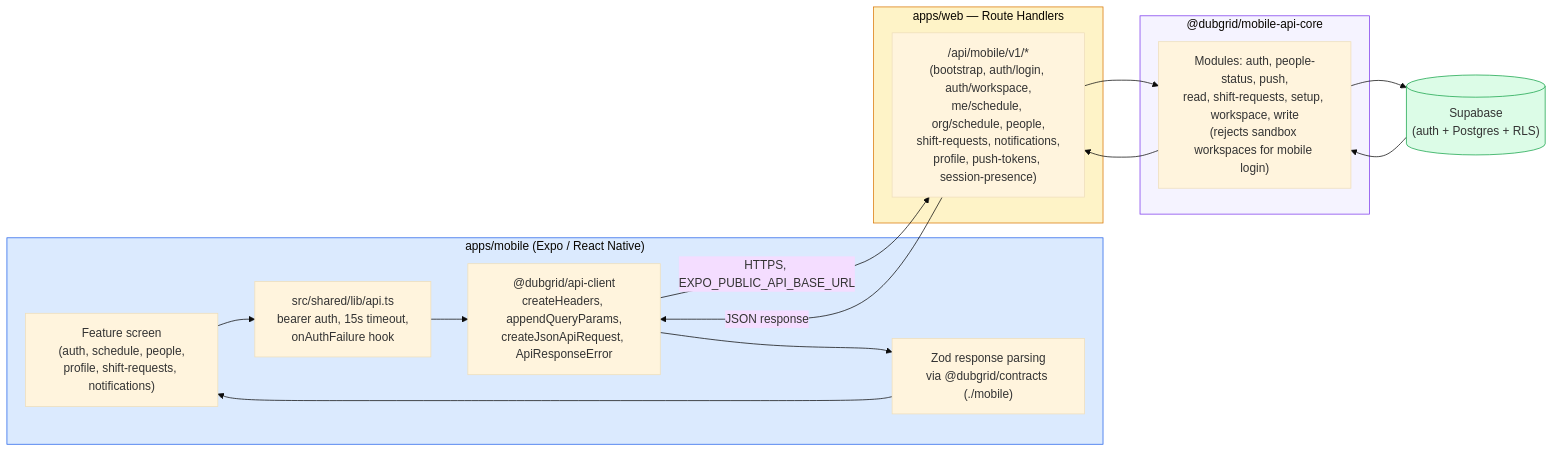
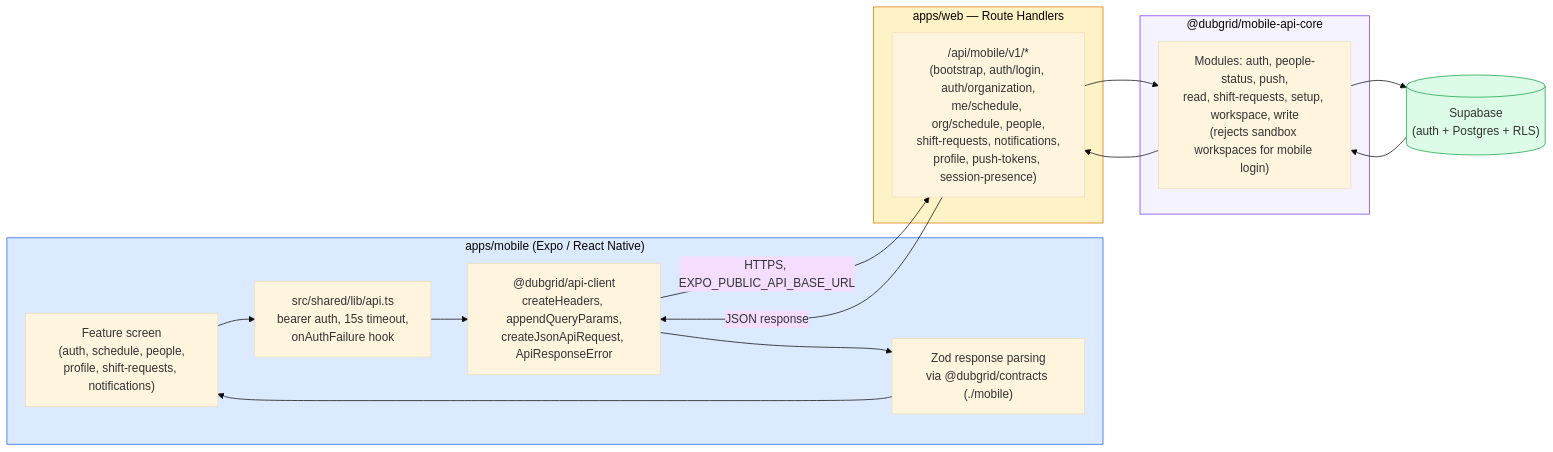
Diagram 11 of 13 in SYSTEM_FLOWCHARTS.md (nickosmas/dub-grid), drawn with Mermaid (base theme) before and after one commit. The commit also changed 226 other files, not shown here.

````diff
--- a/SYSTEM_FLOWCHARTS.md
+++ b/SYSTEM_FLOWCHARTS.md
@@ -962,35 +962,35 @@
 ```mermaid
 flowchart LR
     subgraph Mobile["apps/mobile (Expo / React Native)"]
         SCREEN["Feature screen<br/>(auth, schedule, people,<br/>profile, shift-requests, notifications)"]
         APILIB["src/shared/lib/api.ts<br/>bearer auth, 15s timeout,<br/>onAuthFailure hook"]
         CLIENT["@dubgrid/api-client<br/>createHeaders, appendQueryParams,<br/>createJsonApiRequest, ApiResponseError"]
         ZODPARSE["Zod response parsing<br/>via @dubgrid/contracts (./mobile)"]
     end
 
     subgraph Web["apps/web — Route Handlers"]
-        ROUTE["/api/mobile/v1/*<br/>(bootstrap, auth/login, auth/workspace,<br/>me/schedule, org/schedule, people,<br/>shift-requests, notifications,<br/>profile, push-tokens, session-presence)"]
+        ROUTE["/api/mobile/v1/*<br/>(bootstrap, auth/login, auth/organization,<br/>me/schedule, org/schedule, people,<br/>shift-requests, notifications,<br/>profile, push-tokens, session-presence)"]
     end
 
     subgraph Core["@dubgrid/mobile-api-core"]
         MODULES["Modules: auth, people-status, push,<br/>read, shift-requests, setup, workspace, write<br/>(rejects sandbox workspaces for mobile login)"]
     end
 
     SUPA[("Supabase<br/>(auth + Postgres + RLS)")]
 
     SCREEN --> APILIB
     APILIB --> CLIENT
     CLIENT -->|"HTTPS, EXPO_PUBLIC_API_BASE_URL"| ROUTE
     ROUTE --> MODULES
     MODULES --> SUPA
     SUPA --> MODULES
     MODULES --> ROUTE
     ROUTE -->|"JSON response"| CLIENT
     CLIENT --> ZODPARSE
     ZODPARSE --> SCREEN
 
     style Mobile fill:#dbeafe,stroke:#2563eb
     style Web fill:#fef3c7,stroke:#d97706
     style Core fill:#f5f3ff,stroke:#7c3aed
     style SUPA fill:#dcfce7,stroke:#16a34a
 ```
````
